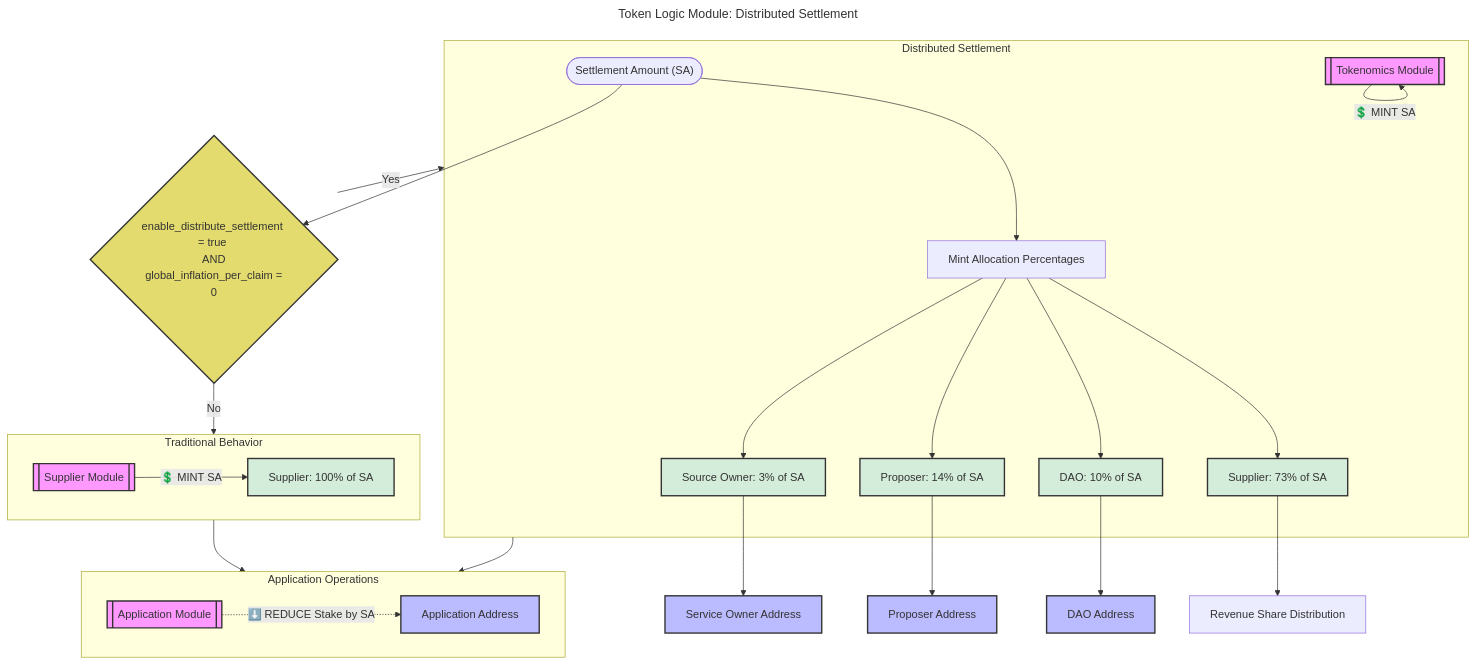
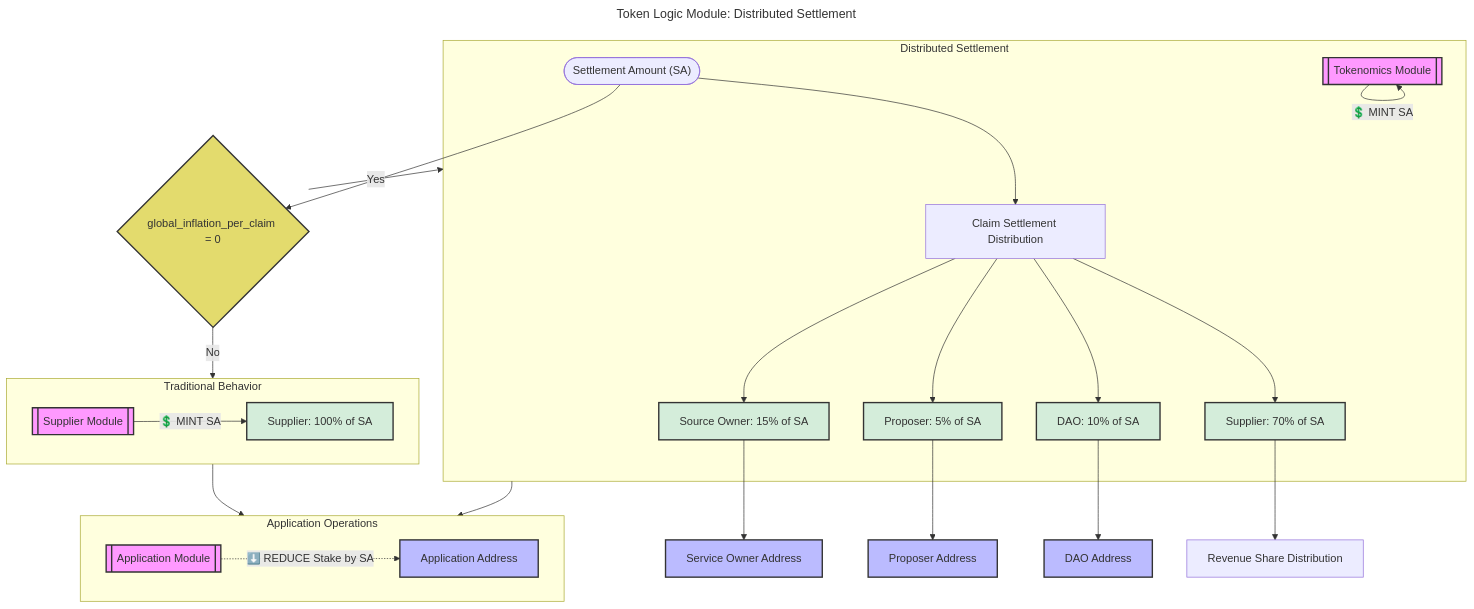
One commit to pokt-network/poktroll changed the third of 7 diagrams in docusaurus/docs/3_protocol/tokenomics/4_token_logic_modules.md. Above: the diagram before and after it, drawn with Mermaid. The commit also changed other lines of this file and 34 other files, not shown here.

````diff
--- a/docusaurus/docs/3_protocol/tokenomics/4_token_logic_modules.md
+++ b/docusaurus/docs/3_protocol/tokenomics/4_token_logic_modules.md
@@ -251,59 +252,59 @@
 ```mermaid
 ---
 title: "Token Logic Module: Distributed Settlement"
 ---
 flowchart TD
     SA(["Settlement Amount (SA)"])
-    EDS{"enable_distribute_settlement = true <br> AND <br> global_inflation_per_claim = 0"}
+    EDS{"global_inflation_per_claim = 0"}
 
     subgraph DS[Distributed Settlement]
         TM[[Tokenomics Module]]
-        MAP[Mint Allocation Percentages]
+        MAP[Claim Settlement Distribution]
 
-        SA_SUPP["Supplier: 73% of SA"]
+        SA_SUPP["Supplier: 70% of SA"]
         SA_DAO["DAO: 10% of SA"]
-        SA_PROP["Proposer: 14% of SA"]
-        SA_SO["Source Owner: 3% of SA"]
+        SA_PROP["Proposer: 5% of SA"]
+        SA_SO["Source Owner: 15% of SA"]
 
         TM -- "💲 MINT SA" --> TM
         SA --> MAP
         MAP --> SA_SUPP
         MAP --> SA_DAO
         MAP --> SA_PROP
         MAP --> SA_SO
     end
 
     subgraph TRAD[Traditional Behavior]
         SM[[Supplier Module]]
         SA_FULL["Supplier: 100% of SA"]
         SM -- "💲 MINT SA" --> SA_FULL
     end
 
     subgraph AO[Application Operations]
         AM[[Application Module]]
         AA[Application Address]
         AM -. ⬇️ REDUCE Stake by SA .-> AA
     end
 
     SA --> EDS
     EDS -- "Yes" --> DS
     EDS -- "No" --> TRAD
 
     DS --> AO
     TRAD --> AO
 
     SA_SUPP --> RSS[Revenue Share Distribution]
     SA_DAO --> DAO_ADDR[DAO Address]
     SA_PROP --> PROP_ADDR[Proposer Address]
     SA_SO --> SO_ADDR[Service Owner Address]
 
     classDef module fill:#f9f,color: #333,stroke:#333,stroke-width:2px;
     classDef address fill:#bbf,color: #333,stroke:#333,stroke-width:2px;
     classDef question fill:#e3db6d,color: #333,stroke:#333,stroke-width:2px;
     classDef amount fill:#d4edda,color: #333,stroke:#333,stroke-width:2px;
 
     class TM,SM,AM module;
     class DAO_ADDR,PROP_ADDR,SO_ADDR,AA address;
     class EDS question;
     class SA_SUPP,SA_DAO,SA_PROP,SA_SO,SA_FULL amount;
 ```
````
